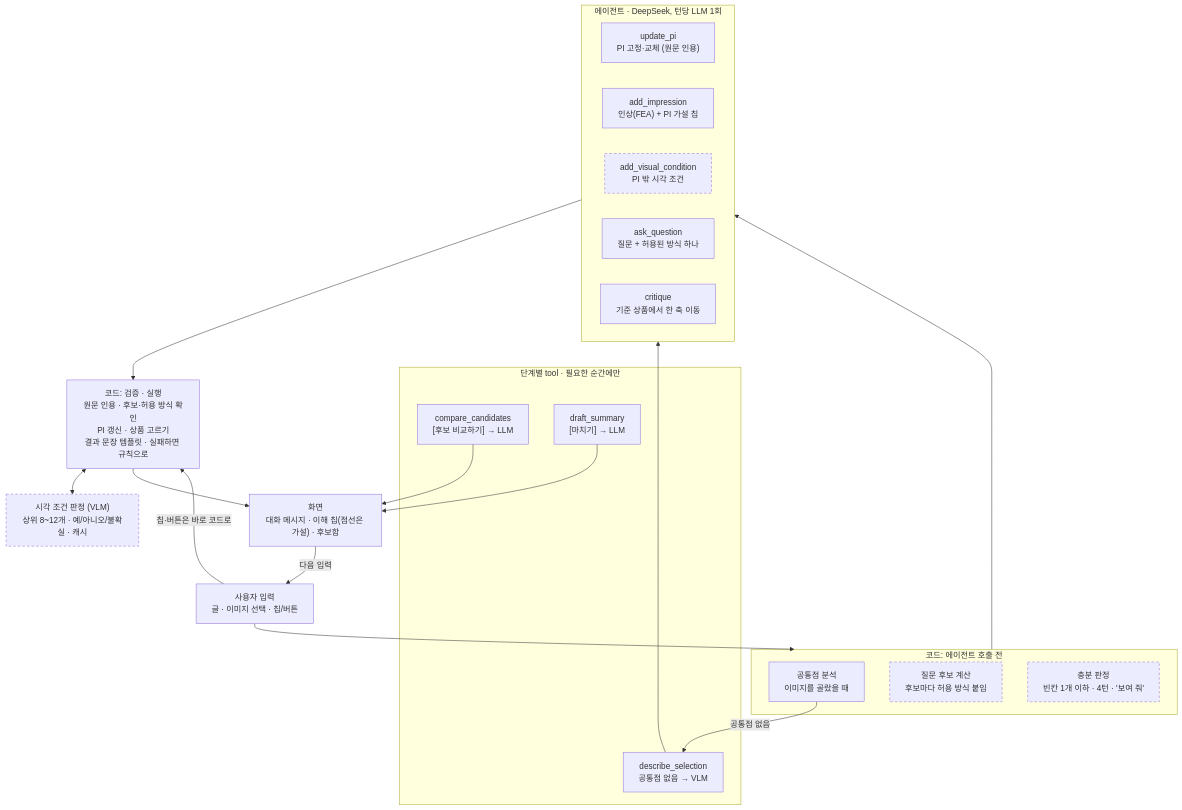
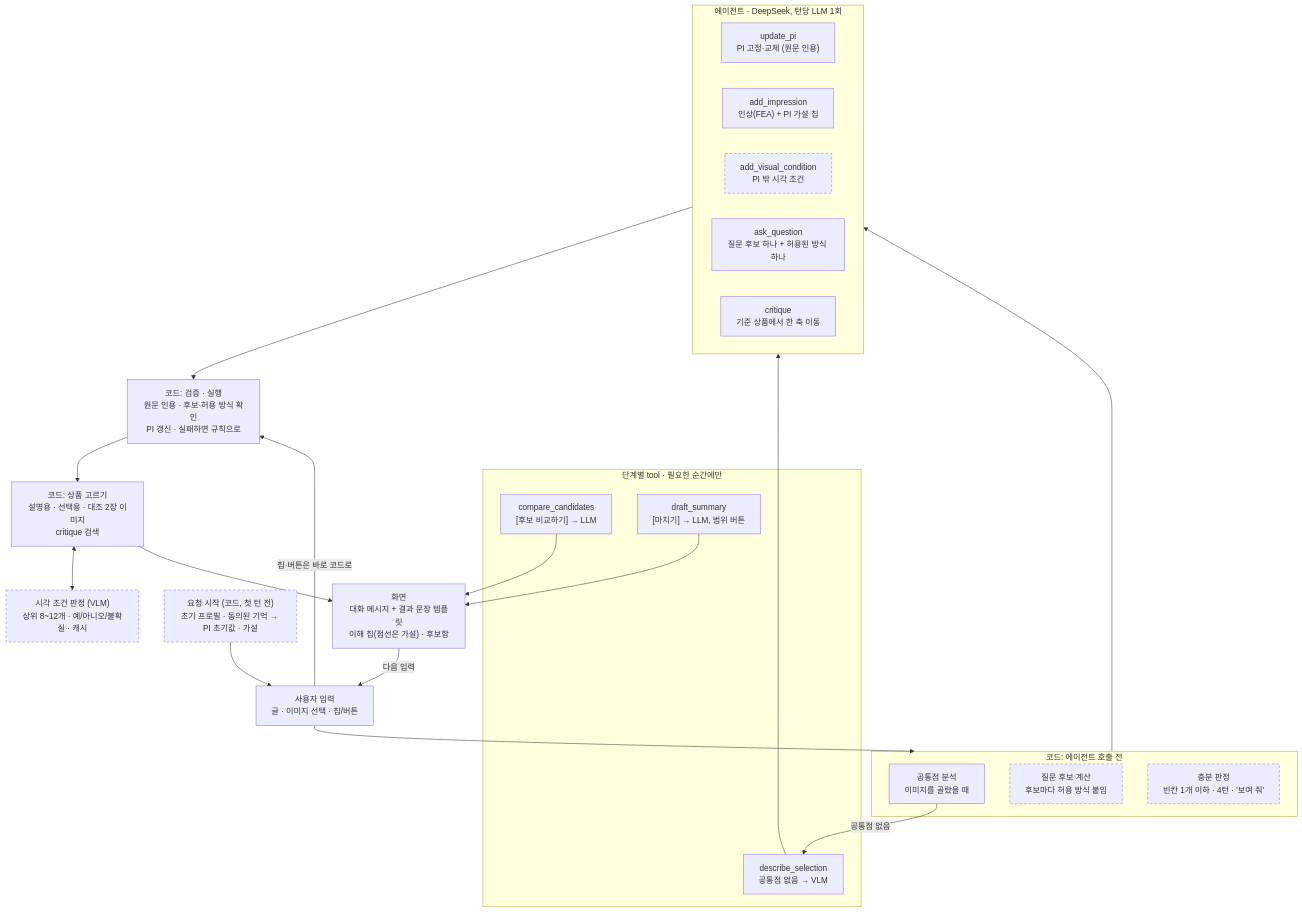
The diagram in docs/specs/agent-pipeline.md (jongrionro-debug/HCI_HANDSOME), drawn with Mermaid before and after one commit. The commit also changed other lines of this file and 1 other file, not shown here.

````diff
--- a/docs/specs/agent-pipeline.md
+++ b/docs/specs/agent-pipeline.md
@@ -60,37 +77,41 @@
 ```mermaid
 flowchart TD
+    ST0["요청 시작 (코드, 첫 턴 전)<br/>초기 프로필 · 동의된 기억 → PI 초기값 · 가설"]
     U["사용자 입력<br/>글 · 이미지 선택 · 칩/버튼"]
     subgraph PRE["코드: 에이전트 호출 전"]
         C1["공통점 분석<br/>이미지를 골랐을 때"]
         C2["질문 후보 계산<br/>후보마다 허용 방식 붙임"]
         C3["충분 판정<br/>빈칸 1개 이하 · 4턴 · '보여 줘'"]
     end
     subgraph AG["에이전트 · DeepSeek, 턴당 LLM 1회"]
         T1["update_pi<br/>PI 고정·교체 (원문 인용)"]
         T2["add_impression<br/>인상(FEA) + PI 가설 칩"]
         T3["add_visual_condition<br/>PI 밖 시각 조건"]
-        T4["ask_question<br/>질문 + 허용된 방식 하나"]
+        T4["ask_question<br/>질문 후보 하나 + 허용된 방식 하나"]
         T5["critique<br/>기준 상품에서 한 축 이동"]
     end
-    V["코드: 검증 · 실행<br/>원문 인용 · 후보·허용 방식 확인<br/>PI 갱신 · 상품 고르기<br/>결과 문장 템플릿 · 실패하면 규칙으로"]
+    V["코드: 검증 · 실행<br/>원문 인용 · 후보·허용 방식 확인<br/>PI 갱신 · 실패하면 규칙으로"]
+    P["코드: 상품 고르기<br/>설명용 · 선택용 · 대조 2장 이미지<br/>critique 검색"]
     VLM["시각 조건 판정 (VLM)<br/>상위 8~12개 · 예/아니오/불확실 · 캐시"]
-    S["화면<br/>대화 메시지 · 이해 칩(점선은 가설) · 후보함"]
-    subgraph ST["단계별 tool · 필요한 순간에만"]
+    S["화면<br/>대화 메시지 + 결과 문장 템플릿<br/>이해 칩(점선은 가설) · 후보함"]
+    subgraph STG["단계별 tool · 필요한 순간에만"]
         D1["describe_selection<br/>공통점 없음 → VLM"]
         D2["compare_candidates<br/>[후보 비교하기] → LLM"]
-        D3["draft_summary<br/>[마치기] → LLM"]
+        D3["draft_summary<br/>[마치기] → LLM, 범위 버튼"]
     end
+    ST0 --> U
     U --> PRE
     U -- "칩·버튼은 바로 코드로" --> V
     C1 -- "공통점 없음" --> D1
     D1 --> AG
     PRE --> AG
     AG --> V
-    V <--> VLM
-    V --> S
+    V --> P
+    P <--> VLM
+    P --> S
     D2 --> S
     D3 --> S
     S -- "다음 입력" --> U
     classDef added stroke-dasharray: 5 4
-    class C2,C3,T3,VLM added
+    class ST0,C2,C3,T3,VLM added
 ```
````
